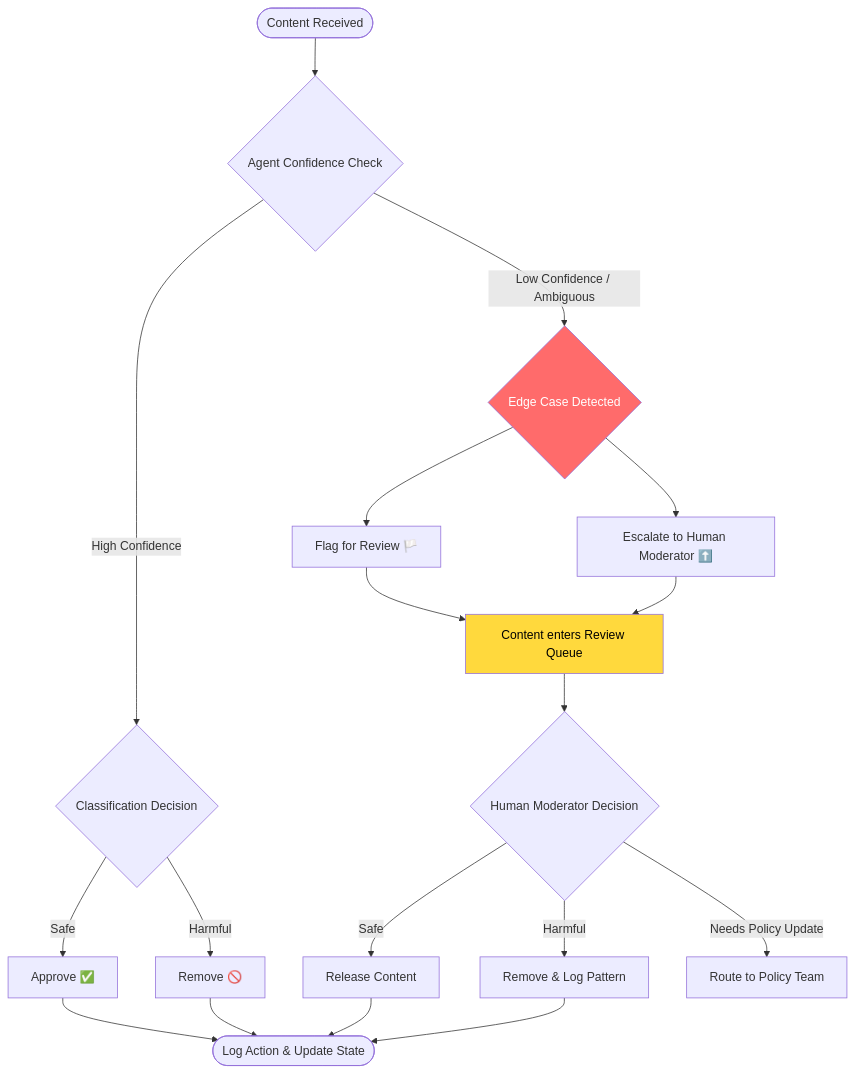
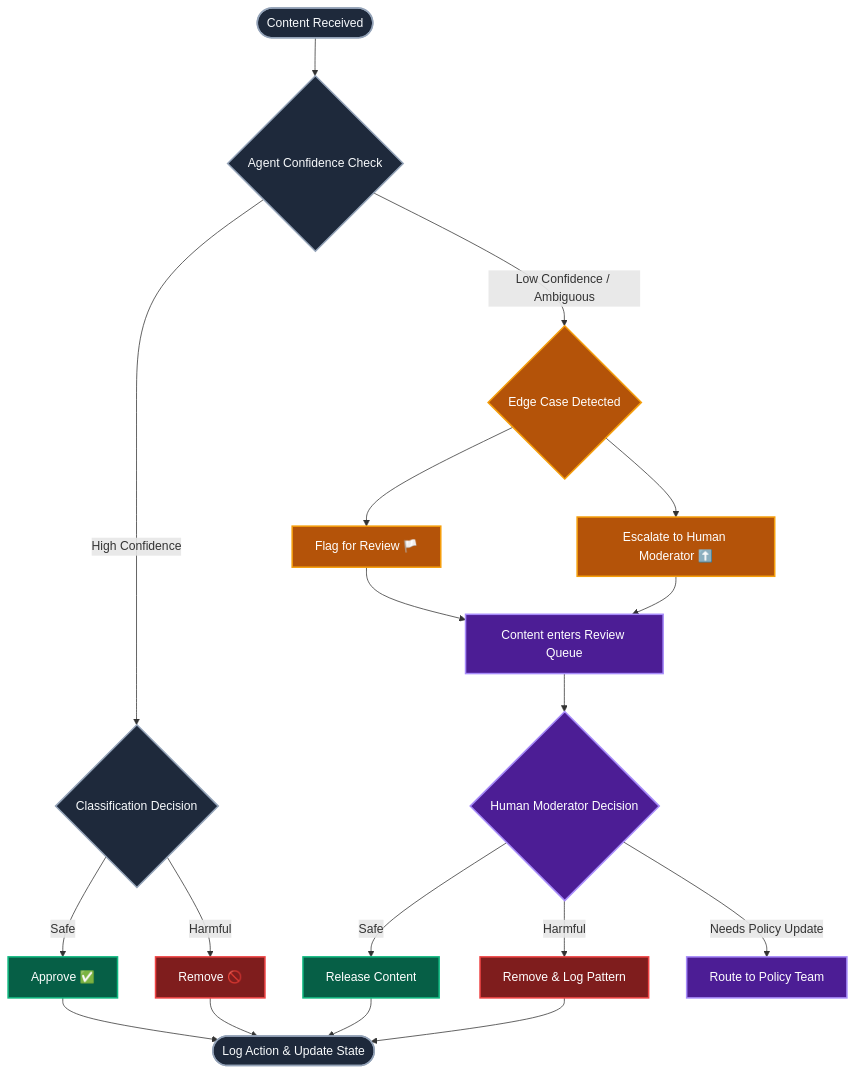
One commit to Anubhav741/ThinkSync changed diagram 11 of 15 in core_concept.md. Above: the diagram before and after it, drawn with Mermaid.

````diff
--- a/core_concept.md
+++ b/core_concept.md
@@ -365,28 +365,40 @@
 ```mermaid
 flowchart TD
+    %% Premium Edge-Case Color Variables %%
+    classDef default fill:#1E293B,stroke:#94A3B8,stroke-width:2px,color:#F8FAFC;
+    classDef safe fill:#065F46,stroke:#10B981,stroke-width:2px,color:#fff;
+    classDef danger fill:#7F1D1D,stroke:#EF4444,stroke-width:2px,color:#fff;
+    classDef warning fill:#B45309,stroke:#F59E0B,stroke-width:2px,color:#fff;
+    classDef routing fill:#4338CA,stroke:#818CF8,stroke-width:2px,color:#fff;
+    classDef human fill:#4C1D95,stroke:#A78BFA,stroke-width:2px,color:#fff;
+
     A([Content Received]) --> B{Agent Confidence Check}
     
     B -->|"High Confidence"| C{Classification Decision}
     C -->|Safe| D[Approve ✅]
     C -->|Harmful| E[Remove 🚫]
     
     B -->|"Low Confidence / Ambiguous"| F{Edge Case Detected}
     F --> G[Flag for Review 🏳️]
     F --> H[Escalate to Human Moderator ⬆️]
     
     G --> I[Content enters Review Queue]
     H --> I
     
     I --> J{Human Moderator Decision}
     J -->|Safe| K[Release Content]
     J -->|Harmful| L[Remove & Log Pattern]
     J -->|Needs Policy Update| M[Route to Policy Team]
     
     D --> N([Log Action & Update State])
     E --> N
     K --> N
     L --> N
     
-    style F fill:#ff6b6b,color:#fff
-    style I fill:#ffd93d,color:#000
+    %% Apply Styled Classes %%
+    class D,K safe;
+    class E,L danger;
+    class F,G,H warning;
+    class I,J,M human;
+    class A,N default;
 ```
````
